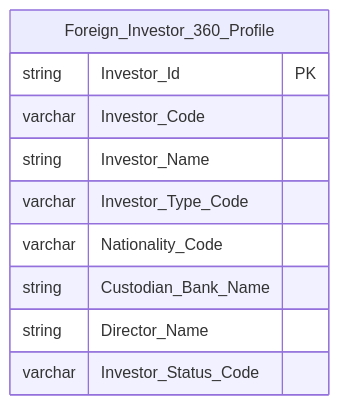
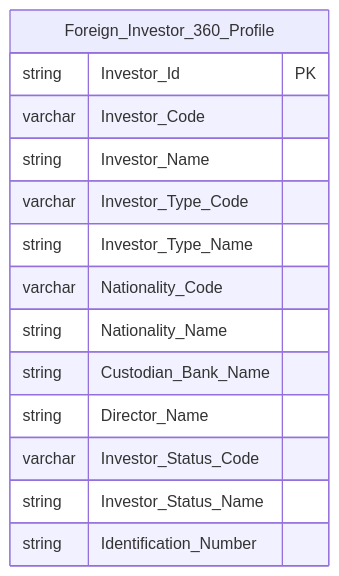
Before and after one commit to linhlvit/ubck_atomic_design: diagram 20 of 30 in Datamart/hld/DTM_NDTNN_HLD.md, drawn with Mermaid. The commit also changed other lines of this file and 11 other files, not shown here.

````diff
--- a/Datamart/hld/DTM_NDTNN_HLD.md
+++ b/Datamart/hld/DTM_NDTNN_HLD.md
@@ -980,14 +999,18 @@
 ```mermaid
 erDiagram
     Foreign_Investor_360_Profile {
         string Investor_Id PK
         varchar Investor_Code
         string Investor_Name
         varchar Investor_Type_Code
+        string Investor_Type_Name
         varchar Nationality_Code
+        string Nationality_Name
         string Custodian_Bank_Name
         string Director_Name
         varchar Investor_Status_Code
+        string Investor_Status_Name
+        string Identification_Number
     }
 
 ```
````
